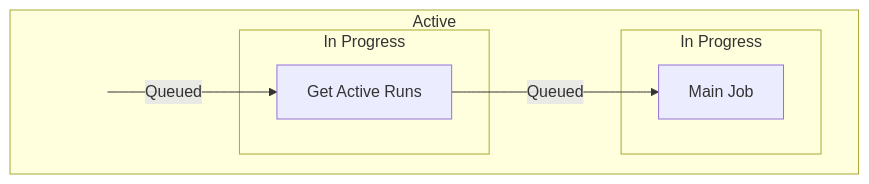
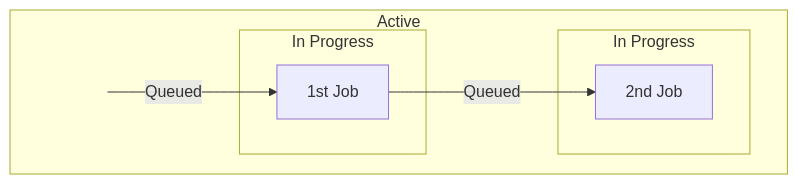
Before and after one commit to iSoBored/github-actions-serial-workflow: the diagram in README.MD, drawn with Mermaid. The commit also changed other lines of this file and 1 other file, not shown here.

````diff
--- a/README.MD
+++ b/README.MD
@@ -19,16 +24,16 @@
 ```mermaid
 flowchart LR
     subgraph Active
         direction LR
         subgraph In Progress
             A
         end
         subgraph In Progress
             B
         end
-        START[ ] -->|Queued| A[Get Active Runs]
-        A -->|Queued| B[Main Job]
+        START[ ] -->|Queued| A[1st Job]
+        A -->|Queued| B[2nd Job]
         end
     
     style START fill:#FFFFFF00, stroke:#FFFFFF00;
 ```
````
